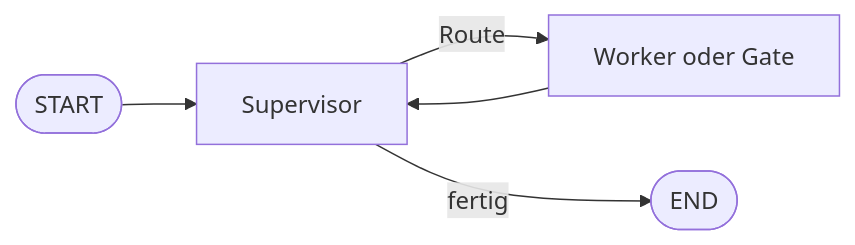
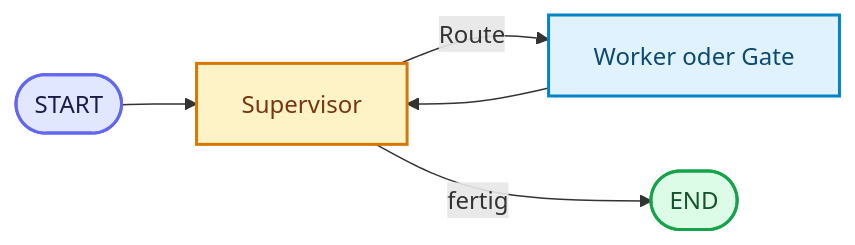
One commit to ralf-42/Agenten changed the diagram in docs/05-frameworks/graphen-aufbauen.md. Above: the diagram before and after it, drawn with Mermaid. The commit also changed 18 other files, not shown here.

````diff
--- a/docs/05-frameworks/graphen-aufbauen.md
+++ b/docs/05-frameworks/graphen-aufbauen.md
@@ -28,7 +28,16 @@
 ```mermaid
 flowchart LR
     START([START]) --> SUP[Supervisor]
     SUP -->|Route| NODE[Worker oder Gate]
     NODE --> SUP
-    SUP -->|fertig| END([END])
+    SUP -->|fertig| FINISH([END])
+
+    classDef default fill:#e0f2fe,stroke:#0284c7,stroke-width:2px,color:#0c4a6e;
+    classDef input fill:#e0e7ff,stroke:#6366f1,stroke-width:2px,color:#1e1b4b;
+    classDef metric fill:#fef3c7,stroke:#d97706,stroke-width:2px,color:#78350f;
+    classDef output fill:#dcfce7,stroke:#16a34a,stroke-width:2px,color:#14532d;
+
+    class START input;
+    class SUP metric;
+    class FINISH output;
 ```
````
